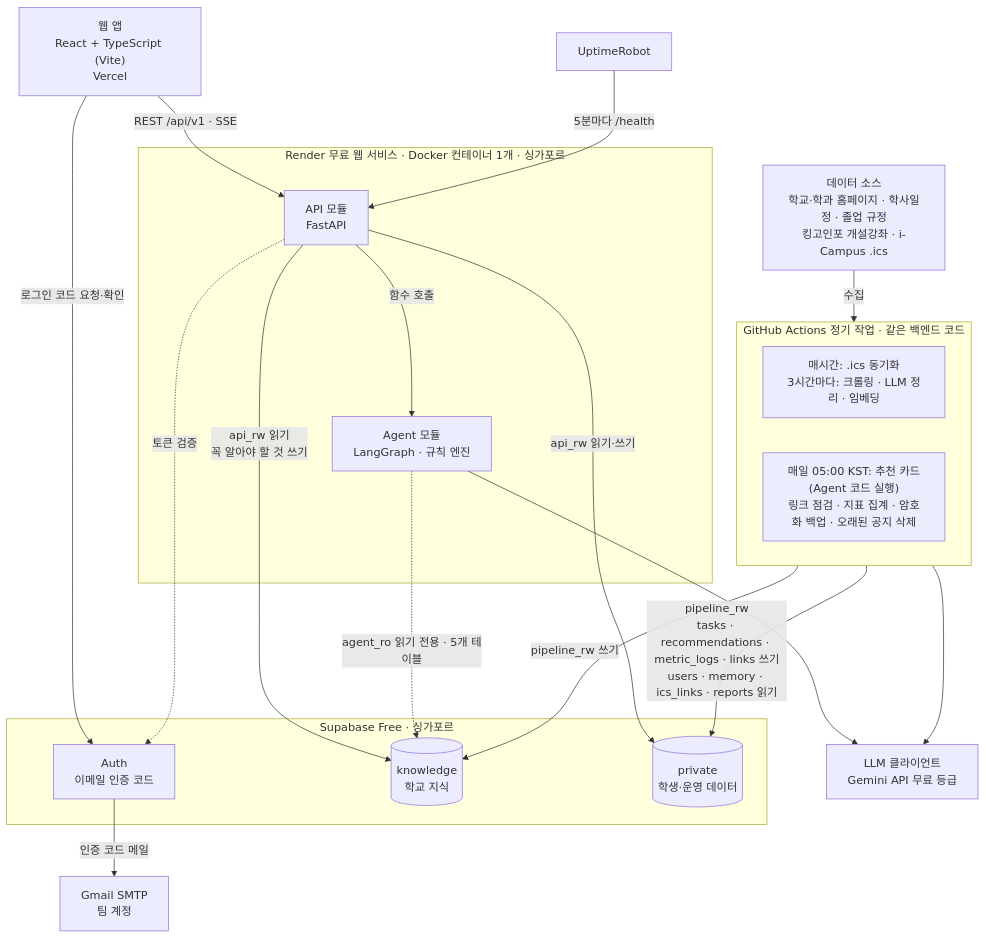
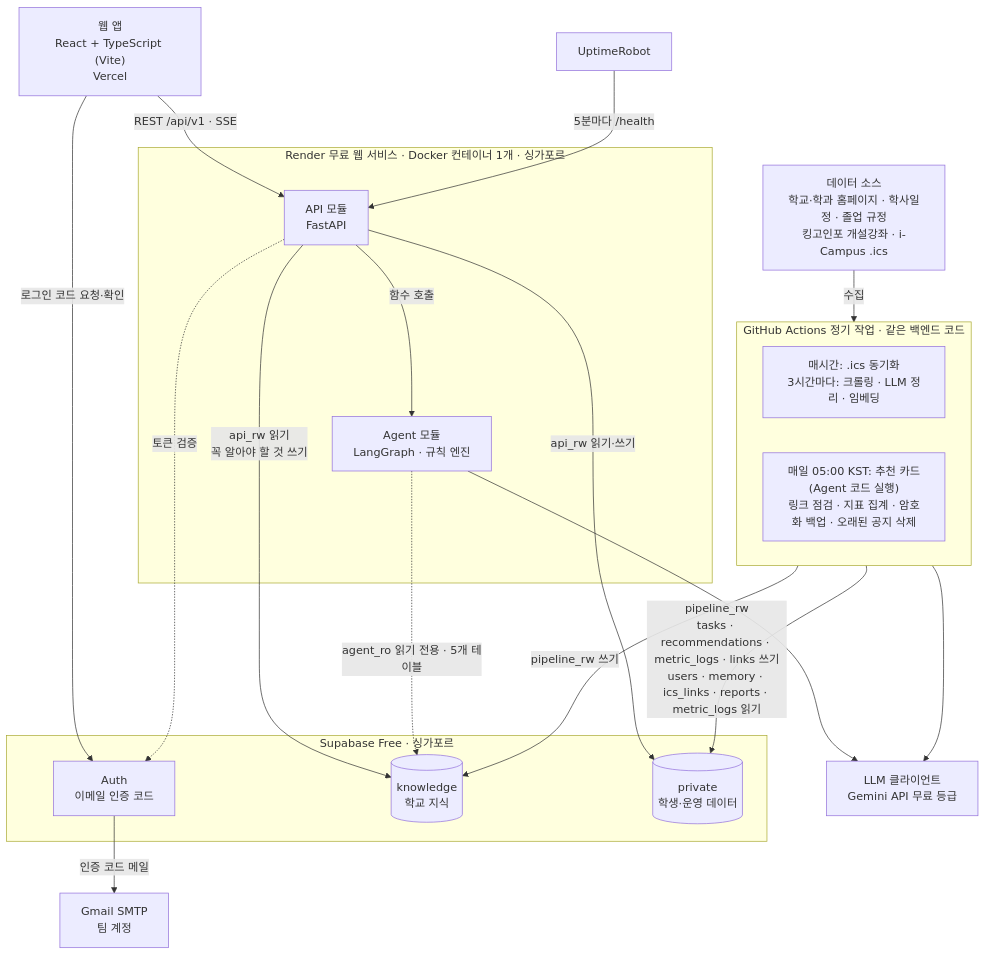
One commit to skkuse/2026fall_41class_team2 changed the diagram in README.md. Above: the diagram before and after it, drawn with Mermaid. The commit also changed other lines of this file, not shown here.

````diff
--- a/README.md
+++ b/README.md
@@ -70,40 +70,40 @@
 ```mermaid
 flowchart TB
     WEB["웹 앱<br/>React + TypeScript (Vite)<br/>Vercel"]
  
     subgraph RENDER["Render 무료 웹 서비스 · Docker 컨테이너 1개 · 싱가포르"]
         API["API 모듈<br/>FastAPI"]
         AGENT["Agent 모듈<br/>LangGraph · 규칙 엔진"]
     end
  
     subgraph GHA["GitHub Actions 정기 작업 · 같은 백엔드 코드"]
         HOURLY["매시간: .ics 동기화<br/>3시간마다: 크롤링 · LLM 정리 · 임베딩"]
         DAILY["매일 05:00 KST: 추천 카드(Agent 코드 실행)<br/>링크 점검 · 지표 집계 · 암호화 백업 · 오래된 공지 삭제"]
     end
  
     subgraph SUPA["Supabase Free · 싱가포르"]
         AUTH["Auth<br/>이메일 인증 코드"]
         K[("knowledge<br/>학교 지식")]
         PV[("private<br/>학생·운영 데이터")]
     end
  
     LLM["LLM 클라이언트<br/>Gemini API 무료 등급"]
     SMTP["Gmail SMTP<br/>팀 계정"]
     SRC["데이터 소스<br/>학교·학과 홈페이지 · 학사일정 · 졸업 규정<br/>킹고인포 개설강좌 · i-Campus .ics"]
     UP["UptimeRobot"]
  
     WEB -->|"REST /api/v1 · SSE"| API
     WEB -->|"로그인 코드 요청·확인"| AUTH
     AUTH -->|"인증 코드 메일"| SMTP
     API -.->|"토큰 검증"| AUTH
     API -->|"함수 호출"| AGENT
     API -->|"api_rw 읽기·쓰기"| PV
     API -->|"api_rw 읽기<br/>꼭 알아야 할 것 쓰기"| K
     AGENT -.->|"agent_ro 읽기 전용 · 5개 테이블"| K
     AGENT --> LLM
     SRC -->|"수집"| GHA
     GHA -->|"pipeline_rw 쓰기"| K
-    GHA -->|"pipeline_rw<br/>tasks · recommendations · metric_logs · links 쓰기<br/>users · memory · ics_links · reports 읽기"| PV
+    GHA -->|"pipeline_rw<br/>tasks · recommendations · metric_logs · links 쓰기<br/>users · memory · ics_links · reports · metric_logs 읽기"| PV
     GHA --> LLM
     UP -->|"5분마다 /health"| API
 ```
````
